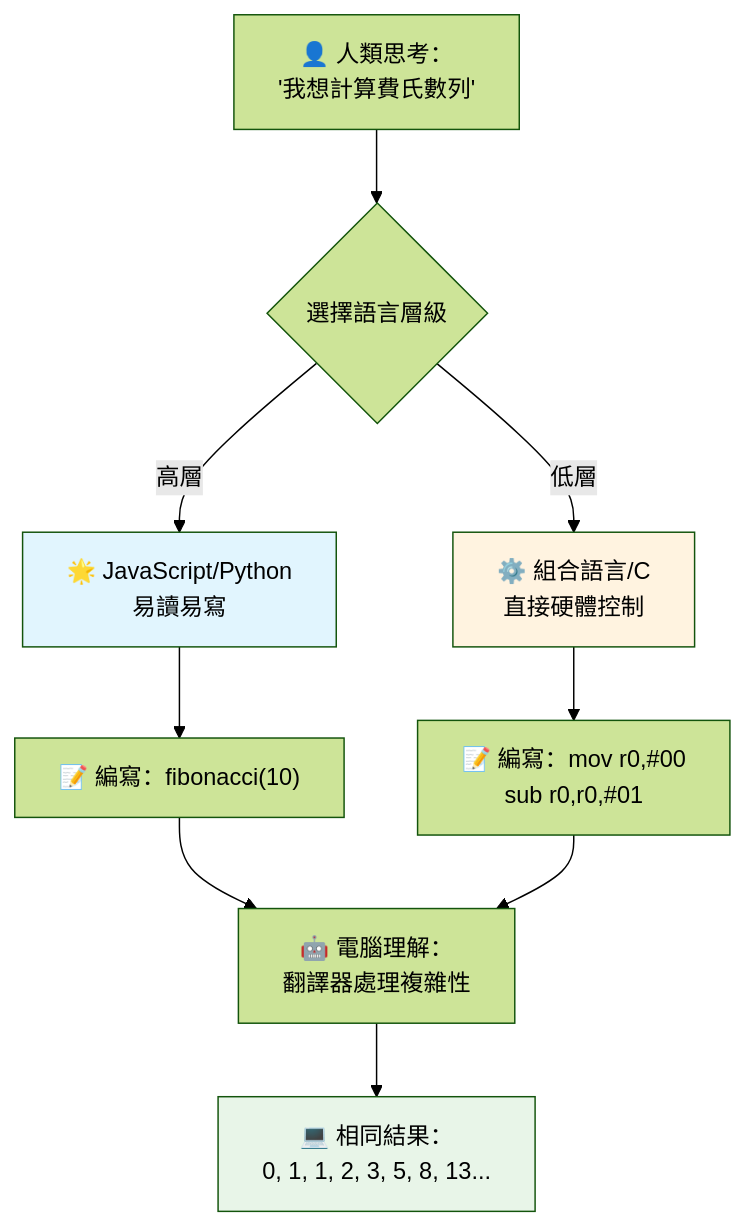
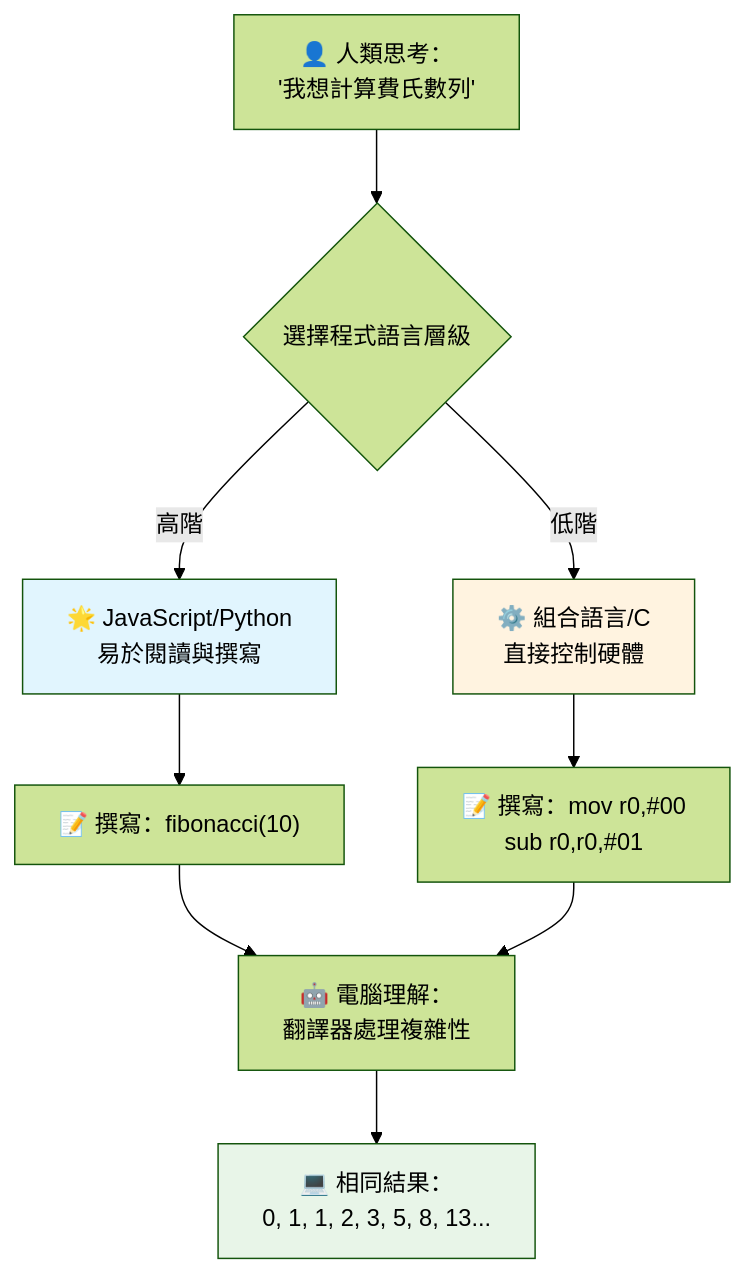
Before and after one commit to microsoft/Web-Dev-For-Beginners: the third of 7 diagrams in translations/zh-TW/1-getting-started-lessons/1-intro-to-programming-languages/README.md, drawn with Mermaid (forest theme). The commit also changed other lines of this file and 11 other files, not shown here.

````diff
--- a/translations/zh-TW/1-getting-started-lessons/1-intro-to-programming-languages/README.md
+++ b/translations/zh-TW/1-getting-started-lessons/1-intro-to-programming-languages/README.md
@@ -148,19 +147,19 @@
 ```mermaid
 flowchart TB
-    A["👤 人類思考：<br/>'我想計算費氏數列'"] --> B{選擇語言層級}
+    A["👤 人類思考：<br/>'我想計算費氏數列'"] --> B{選擇程式語言層級}
     
-    B -->|高層| C["🌟 JavaScript/Python<br/>易讀易寫"]
-    B -->|低層| D["⚙️ 組合語言/C<br/>直接硬體控制"]
+    B -->|高階| C["🌟 JavaScript/Python<br/>易於閱讀與撰寫"]
+    B -->|低階| D["⚙️ 組合語言/C<br/>直接控制硬體"]
     
-    C --> E["📝 編寫：fibonacci(10)"]
-    D --> F["📝 編寫：mov r0,#00<br/>sub r0,r0,#01"]
+    C --> E["📝 撰寫：fibonacci(10)"]
+    D --> F["📝 撰寫：mov r0,#00<br/>sub r0,r0,#01"]
     
     E --> G["🤖 電腦理解：<br/>翻譯器處理複雜性"]
     F --> G
     
     G --> H["💻 相同結果：<br/>0, 1, 1, 2, 3, 5, 8, 13..."]
     
     style C fill:#e1f5fe
     style D fill:#fff3e0
     style H fill:#e8f5e8
 ```
````
